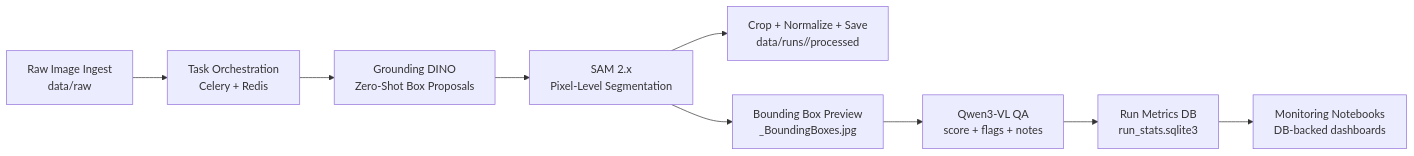
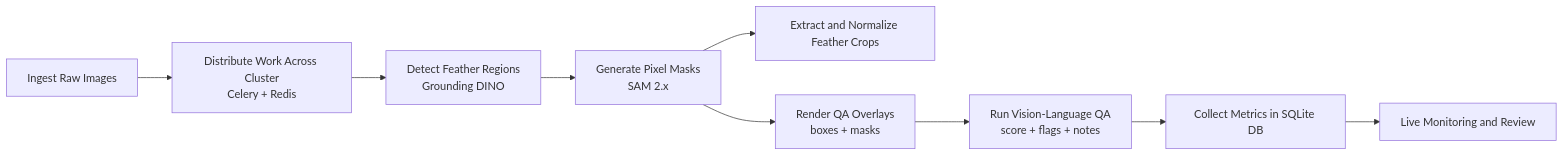
The diagram in README.md (christytty/bird-feather-analysis), drawn with Mermaid before and after one commit. The commit also changed other lines of this file and 9 other files, not shown here.

````diff
--- a/README.md
+++ b/README.md
@@ -6,11 +6,11 @@
 ```mermaid
 flowchart LR
-    A[Raw Image Ingest<br/>data/raw] --> B[Task Orchestration<br/>Celery + Redis]
-    B --> C[Grounding DINO<br/>Zero-Shot Box Proposals]
-    C --> D[SAM 2.x<br/>Pixel-Level Segmentation]
-    D --> E[Crop + Normalize + Save<br/>data/runs/<run_id>/processed]
-    D --> F[Bounding Box Preview<br/>_BoundingBoxes.jpg]
-    F --> G[Qwen3-VL QA<br/>score + flags + notes]
-    G --> H[Run Metrics DB<br/>run_stats.sqlite3]
-    H --> I[Monitoring Notebooks<br/>DB-backed dashboards]
+    A[Ingest Raw Images] --> B[Distribute Work Across Cluster<br/>Celery + Redis]
+    B --> C[Detect Feather Regions<br/>Grounding DINO]
+    C --> D[Generate Pixel Masks<br/>SAM 2.x]
+    D --> E[Extract and Normalize Feather Crops]
+    D --> F[Render QA Overlays<br/>boxes + masks]
+    F --> G[Run Vision-Language QA<br/>score + flags + notes]
+    G --> H[Collect Metrics in SQLite DB]
+    H --> I[Live Monitoring and Review]
 ```
````
